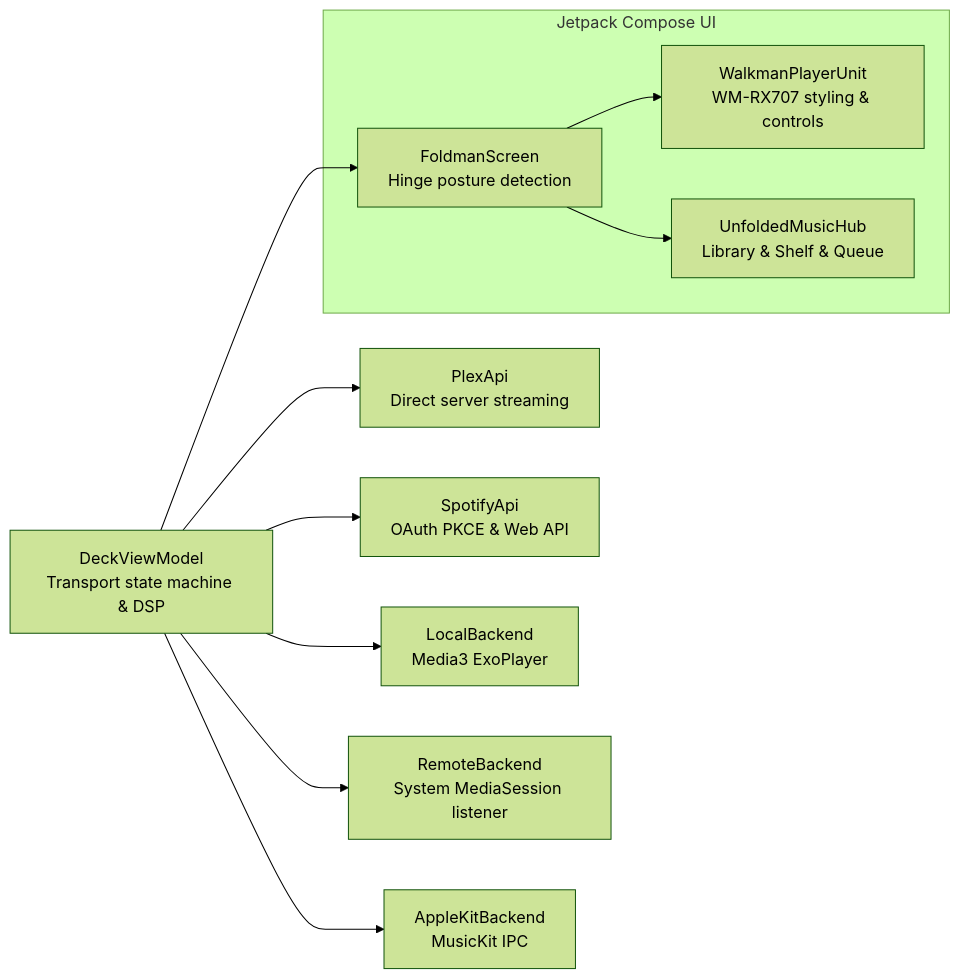
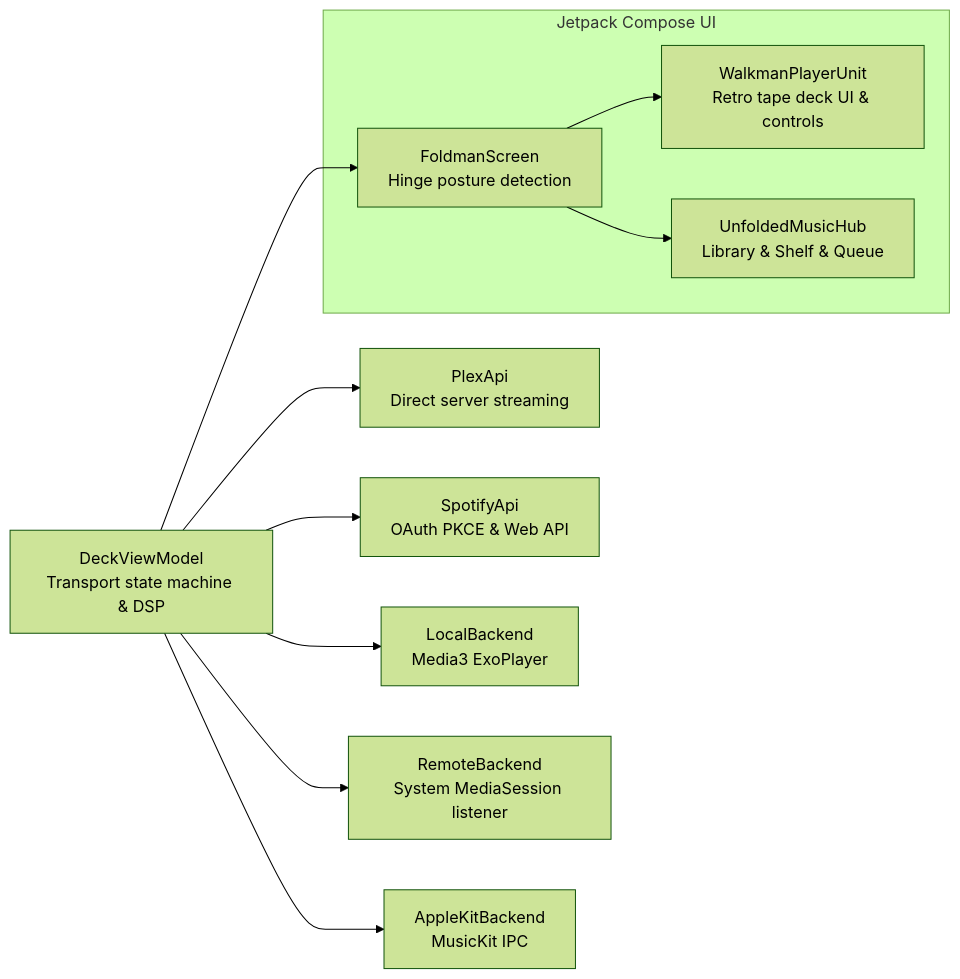
One commit to artywah/Tapeman changed the diagram in README.md. Above: the diagram before and after it, drawn with Mermaid (forest theme). The commit also changed other lines of this file and 1 other file, not shown here.

Commit message:
docs: clarify retro tape deck inspiration and avoid Sony/Walkman trademark phrasing

````diff
--- a/README.md
+++ b/README.md
@@ -195,13 +195,13 @@
 ```mermaid
 flowchart LR
     subgraph UI["Jetpack Compose UI"]
-        Screen["FoldmanScreen<br/>Hinge posture detection"] --> Deck["WalkmanPlayerUnit<br/>WM-RX707 styling & controls"]
+        Screen["FoldmanScreen<br/>Hinge posture detection"] --> Deck["WalkmanPlayerUnit<br/>Retro tape deck UI & controls"]
         Screen --> Hub["UnfoldedMusicHub<br/>Library & Shelf & Queue"]
     end
     VM["DeckViewModel<br/>Transport state machine & DSP"] --> Screen
     VM --> Plex["PlexApi<br/>Direct server streaming"]
     VM --> Spotify["SpotifyApi<br/>OAuth PKCE & Web API"]
     VM --> Local["LocalBackend<br/>Media3 ExoPlayer"]
     VM --> Remote["RemoteBackend<br/>System MediaSession listener"]
     VM --> Apple["AppleKitBackend<br/>MusicKit IPC"]
 ```
````
